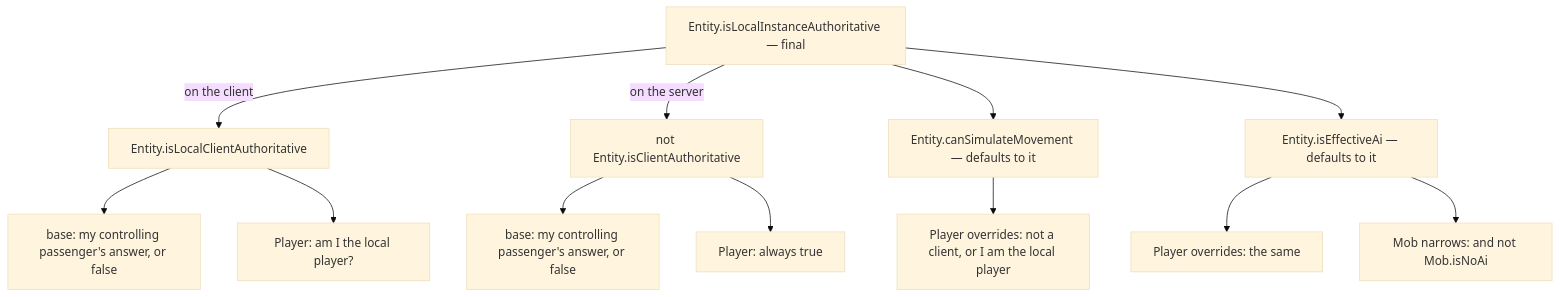
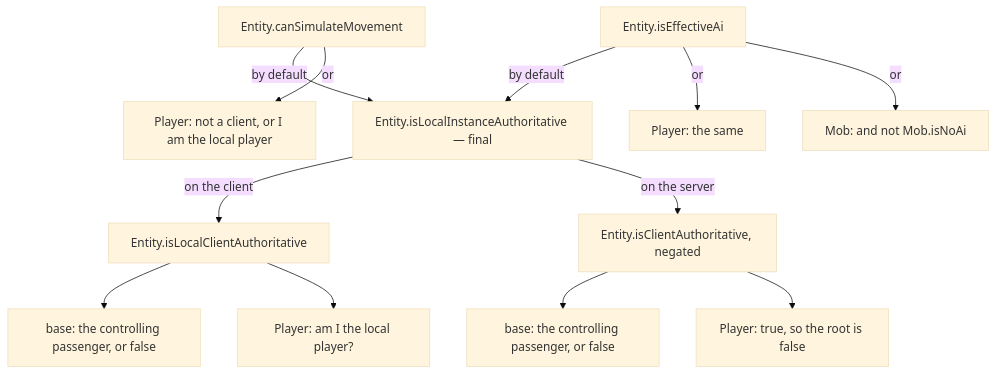
One commit to AlexanderjFraser/MinecraftDocs changed the first of 2 diagrams in src/systems/entities/authority.md. Above: the diagram before and after it, drawn with Mermaid (base theme). The commit also changed other lines of this file and 23 other files, not shown here.

````diff
--- a/src/systems/entities/authority.md
+++ b/src/systems/entities/authority.md
@@ -82,15 +82,26 @@
 ```mermaid
 flowchart TD
+    SIM["Entity.canSimulateMovement"]
+    AI["Entity.isEffectiveAi"]
+    SIMP["Player: not a client, or I am the local player"]
+    AIP["Player: the same"]
+    AIM["Mob: and not Mob.isNoAi"]
     Q["Entity.isLocalInstanceAuthoritative — final"]
-    Q -- "on the client" --> LCA["Entity.isLocalClientAuthoritative"]
-    Q -- "on the server" --> NCA["not Entity.isClientAuthoritative"]
-    LCA --> LCAD["base: my controlling passenger's answer, or false"]
-    LCA --> LCAP["Player: am I the local player?"]
-    NCA --> CAD["base: my controlling passenger's answer, or false"]
-    NCA --> CAP["Player: always true"]
-    Q --> SIM["Entity.canSimulateMovement — defaults to it"]
-    Q --> AI["Entity.isEffectiveAi — defaults to it"]
-    SIM --> SIMP["Player overrides: not a client, or I am the local player"]
-    AI --> AIP["Player overrides: the same"]
-    AI --> AIM["Mob narrows: and not Mob.isNoAi"]
+    LCA["Entity.isLocalClientAuthoritative"]
+    NCA["Entity.isClientAuthoritative, negated"]
+    LCAD["base: the controlling passenger, or false"]
+    LCAP["Player: am I the local player?"]
+    CAD["base: the controlling passenger, or false"]
+    CAP["Player: true, so the root is false"]
+    SIM -- "by default" --> Q
+    SIM -- "or" --> SIMP
+    AI -- "by default" --> Q
+    AI -- "or" --> AIP
+    AI -- "or" --> AIM
+    Q -- "on the client" --> LCA
+    Q -- "on the server" --> NCA
+    LCA --> LCAD
+    LCA --> LCAP
+    NCA --> CAD
+    NCA --> CAP
 ```
````
